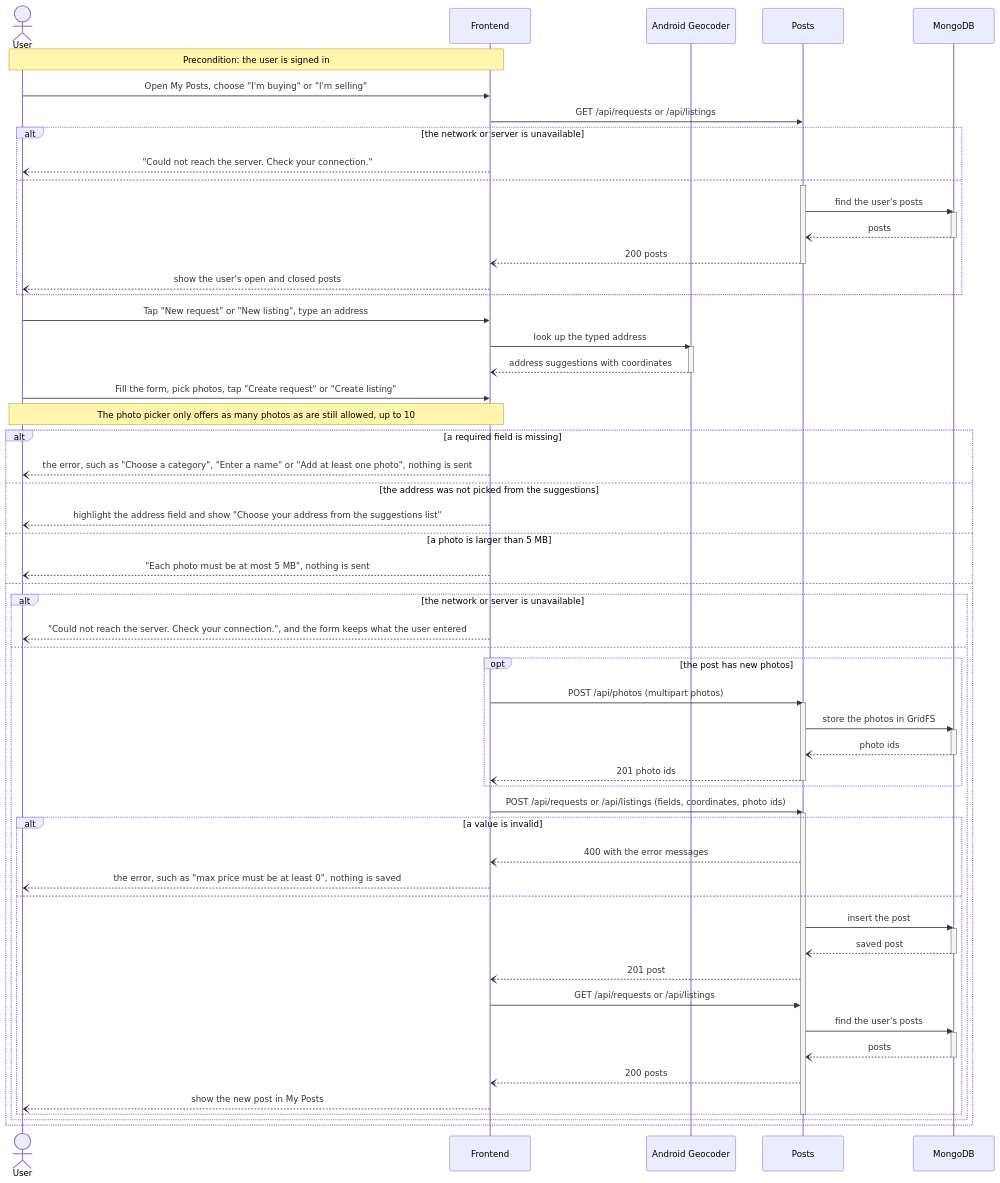
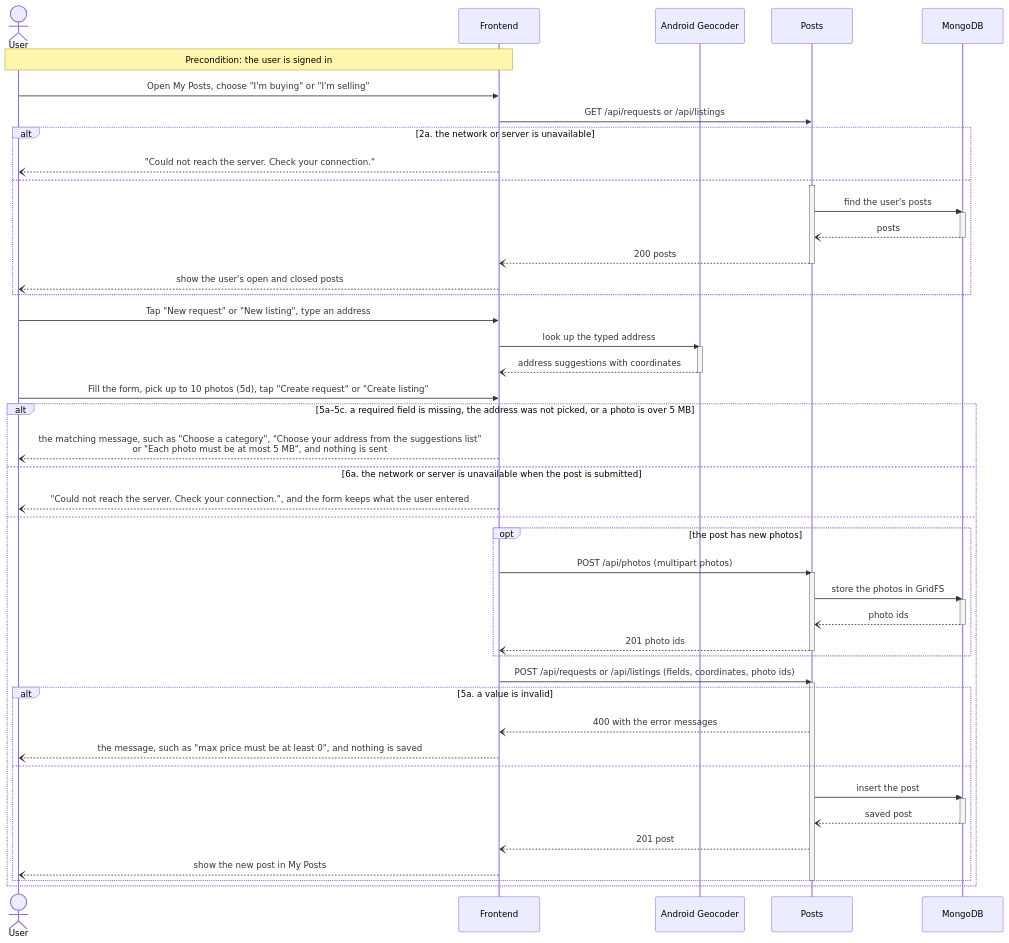
One commit to m1lun/MatchMarket changed the second of 6 diagrams in documentation/Requirements_and_Design.md. Above: the diagram before and after it, drawn with Mermaid. The commit also changed other lines of this file, not shown here.

Commit message:
docs: simplify the sequence diagrams and label each branch with its use case step

````diff
--- a/documentation/Requirements_and_Design.md
+++ b/documentation/Requirements_and_Design.md
@@ -485,72 +485,59 @@
 ```mermaid
 sequenceDiagram
     actor U as User
     participant FE as Frontend
     participant GEO as Android Geocoder
     participant P as Posts
     participant DB as MongoDB
     Note over U,FE: Precondition: the user is signed in
     U->>FE: Open My Posts, choose "I'm buying" or "I'm selling"
     FE->>P: GET /api/requests or /api/listings
-    alt the network or server is unavailable
+    alt 2a. the network or server is unavailable
         FE--)U: "Could not reach the server. Check your connection."
     else
         activate P
         P->>DB: find the user's posts
         activate DB
         DB--)P: posts
         deactivate DB
         P--)FE: 200 posts
         deactivate P
         FE--)U: show the user's open and closed posts
     end
     U->>FE: Tap "New request" or "New listing", type an address
     FE->>GEO: look up the typed address
     activate GEO
     GEO--)FE: address suggestions with coordinates
     deactivate GEO
-    U->>FE: Fill the form, pick photos, tap "Create request" or "Create listing"
-    Note over U,FE: The photo picker only offers as many photos as are still allowed, up to 10
-    alt a required field is missing
-        FE--)U: the error, such as "Choose a category", "Enter a name" or "Add at least one photo", nothing is sent
-    else the address was not picked from the suggestions
-        FE--)U: highlight the address field and show "Choose your address from the suggestions list"
-    else a photo is larger than 5 MB
-        FE--)U: "Each photo must be at most 5 MB", nothing is sent
+    U->>FE: Fill the form, pick up to 10 photos (5d), tap "Create request" or "Create listing"
+    alt 5a–5c. a required field is missing, the address was not picked, or a photo is over 5 MB
+        FE--)U: the matching message, such as "Choose a category", "Choose your address from the suggestions list"<br/>or "Each photo must be at most 5 MB", and nothing is sent
+    else 6a. the network or server is unavailable when the post is submitted
+        FE--)U: "Could not reach the server. Check your connection.", and the form keeps what the user entered
     else
-        alt the network or server is unavailable
-            FE--)U: "Could not reach the server. Check your connection.", and the form keeps what the user entered
-        else
-            opt the post has new photos
-                FE->>P: POST /api/photos (multipart photos)
-                activate P
-                P->>DB: store the photos in GridFS
-                activate DB
-                DB--)P: photo ids
-                deactivate DB
-                P--)FE: 201 photo ids
-                deactivate P
-            end
-            FE->>P: POST /api/requests or /api/listings (fields, coordinates, photo ids)
+        opt the post has new photos
+            FE->>P: POST /api/photos (multipart photos)
             activate P
-            alt a value is invalid
-                P--)FE: 400 with the error messages
-                FE--)U: the error, such as "max price must be at least 0", nothing is saved
-            else
-                P->>DB: insert the post
-                activate DB
-                DB--)P: saved post
-                deactivate DB
-                P--)FE: 201 post
-                FE->>P: GET /api/requests or /api/listings
-                P->>DB: find the user's posts
-                activate DB
-                DB--)P: posts
-                deactivate DB
-                P--)FE: 200 posts
-                FE--)U: show the new post in My Posts
-            end
+            P->>DB: store the photos in GridFS
+            activate DB
+            DB--)P: photo ids
+            deactivate DB
+            P--)FE: 201 photo ids
             deactivate P
         end
+        FE->>P: POST /api/requests or /api/listings (fields, coordinates, photo ids)
+        activate P
+        alt 5a. a value is invalid
+            P--)FE: 400 with the error messages
+            FE--)U: the message, such as "max price must be at least 0", and nothing is saved
+        else
+            P->>DB: insert the post
+            activate DB
+            DB--)P: saved post
+            deactivate DB
+            P--)FE: 201 post
+            FE--)U: show the new post in My Posts
+        end
+        deactivate P
     end
 ```
````
